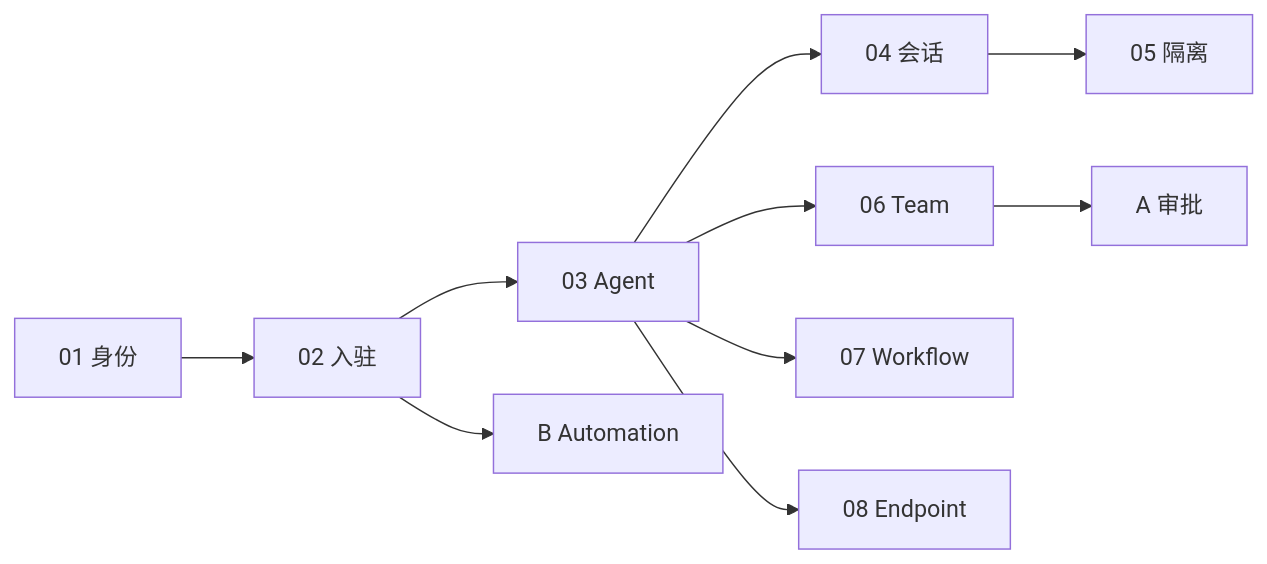
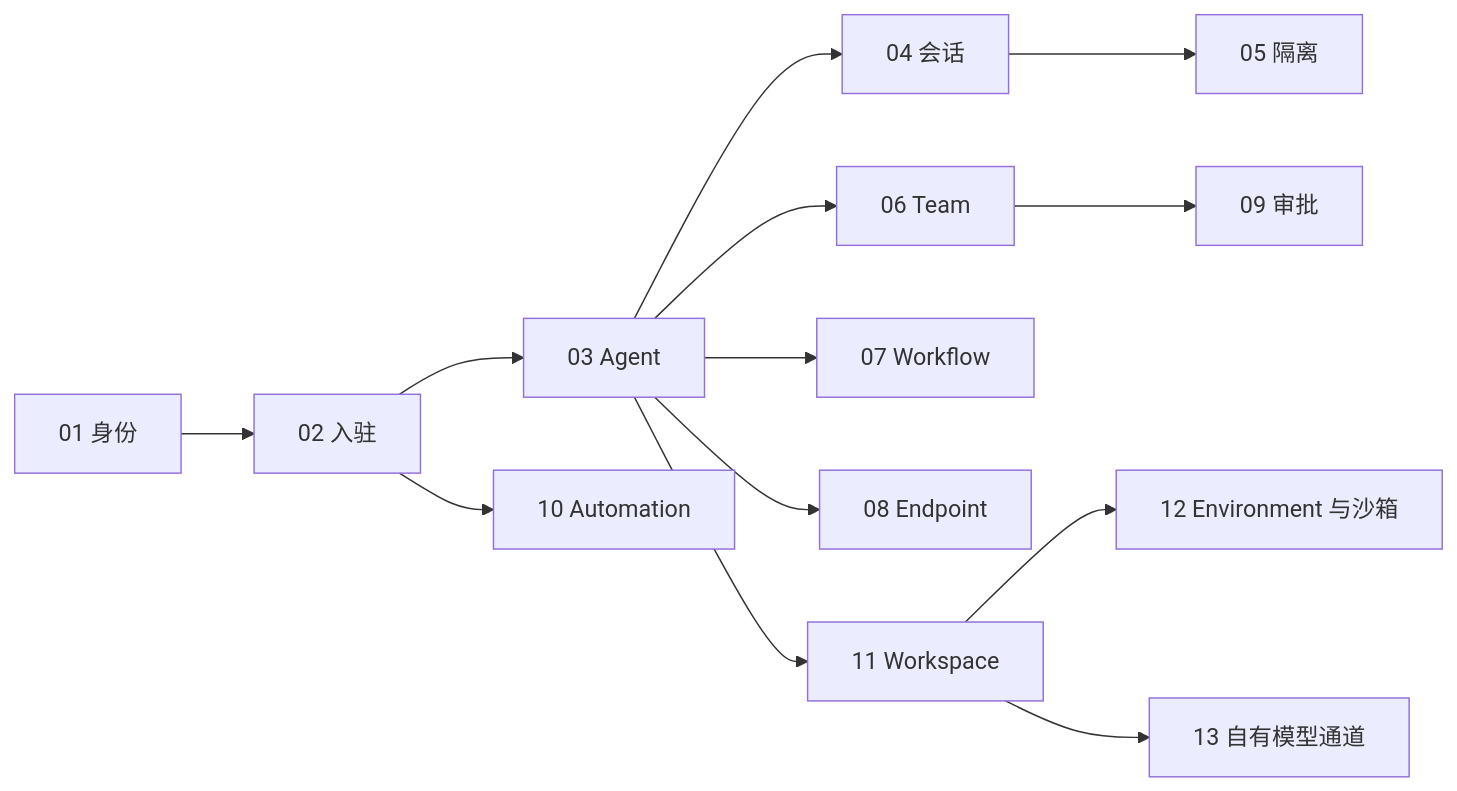
One commit to ybak/agentscope-2.0-tutorial changed the second of 2 diagrams in demo/cross-border-commerce/README.md. Above: the diagram before and after it, drawn with Mermaid. The commit also changed other lines of this file and 30 other files, not shown here.

````diff
--- a/demo/cross-border-commerce/README.md
+++ b/demo/cross-border-commerce/README.md
@@ -52,12 +55,15 @@
 ```mermaid
 flowchart LR
     S1[01 身份] --> S2[02 入驻]
     S2 --> S3[03 Agent]
     S3 --> S4[04 会话]
     S4 --> S5[05 隔离]
     S3 --> S6[06 Team]
     S3 --> S7[07 Workflow]
     S3 --> S8[08 Endpoint]
-    S6 --> EA[A 审批]
-    S2 --> EB[B Automation]
+    S6 --> S9[09 审批]
+    S2 --> S10[10 Automation]
+    S3 --> S11[11 Workspace]
+    S11 --> S12[12 Environment 与沙箱]
+    S11 --> S13[13 自有模型通道]
 ```
````
